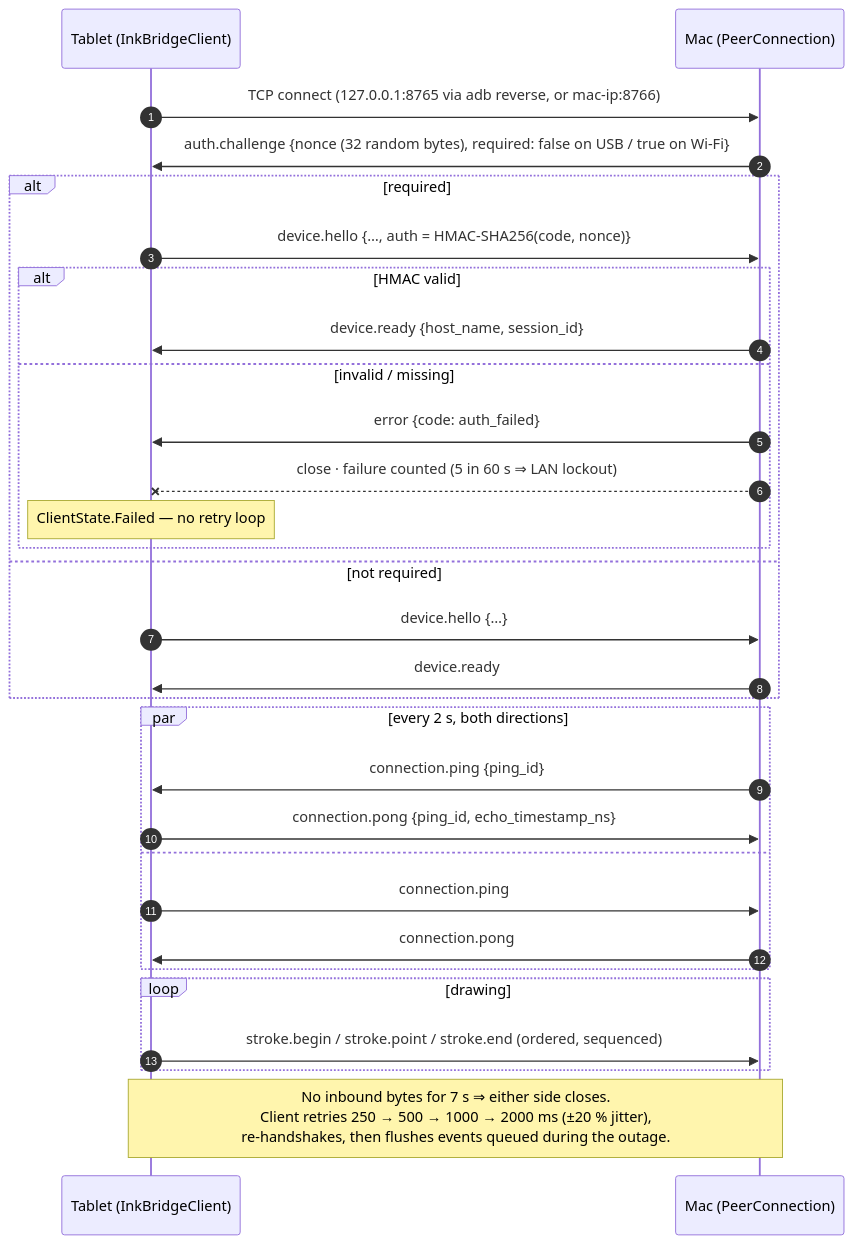
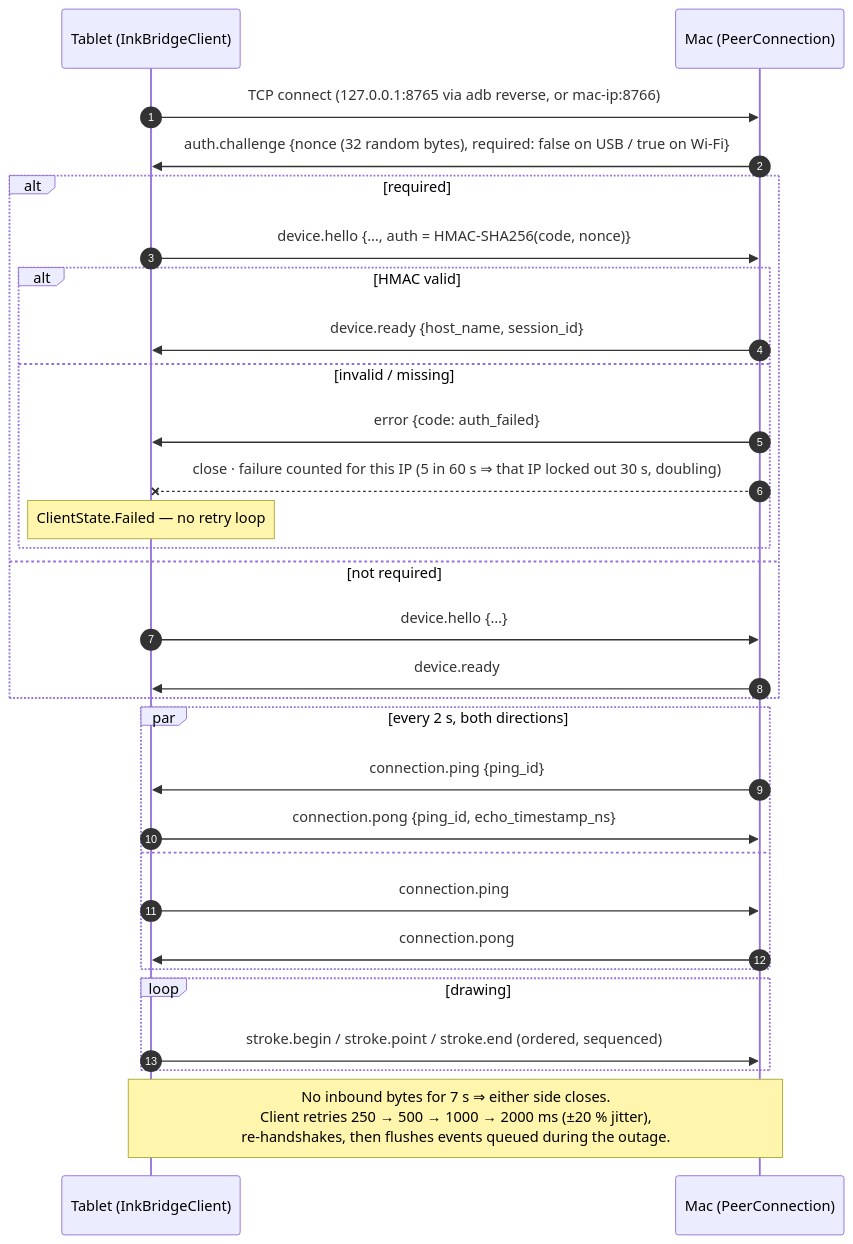
One commit to armineyvazi/inkbridge changed the diagram in docs/diagrams/connection-flow.mmd. Above: the diagram before and after it, drawn with Mermaid. The commit also changed 13 other files, not shown here.

```diff
--- a/docs/diagrams/connection-flow.mmd
+++ b/docs/diagrams/connection-flow.mmd
@@ -1,35 +1,35 @@
 %% Connection lifecycle shared by USB (loopback) and Wi-Fi (LAN) transports.
 sequenceDiagram
   autonumber
   participant T as Tablet (InkBridgeClient)
   participant H as Mac (PeerConnection)
 
   T->>H: TCP connect (127.0.0.1:8765 via adb reverse, or mac-ip:8766)
   H->>T: auth.challenge {nonce (32 random bytes), required: false on USB / true on Wi-Fi}
   alt required
     T->>H: device.hello {…, auth = HMAC-SHA256(code, nonce)}
     alt HMAC valid
       H->>T: device.ready {host_name, session_id}
     else invalid / missing
       H->>T: error {code: auth_failed}
-      H--xT: close · failure counted (5 in 60 s ⇒ LAN lockout)
+      H--xT: close · failure counted for this IP (5 in 60 s ⇒ that IP locked out 30 s, doubling)
       Note over T: ClientState.Failed — no retry loop
     end
   else not required
     T->>H: device.hello {…}
     H->>T: device.ready
   end
 
   par every 2 s, both directions
     H->>T: connection.ping {ping_id}
     T->>H: connection.pong {ping_id, echo_timestamp_ns}
   and
     T->>H: connection.ping
     H->>T: connection.pong
   end
 
   loop drawing
     T->>H: stroke.begin / stroke.point / stroke.end (ordered, sequenced)
   end
 
   Note over T,H: No inbound bytes for 7 s ⇒ either side closes.<br/>Client retries 250 → 500 → 1000 → 2000 ms (±20 % jitter),<br/>re-handshakes, then flushes events queued during the outage.
```
